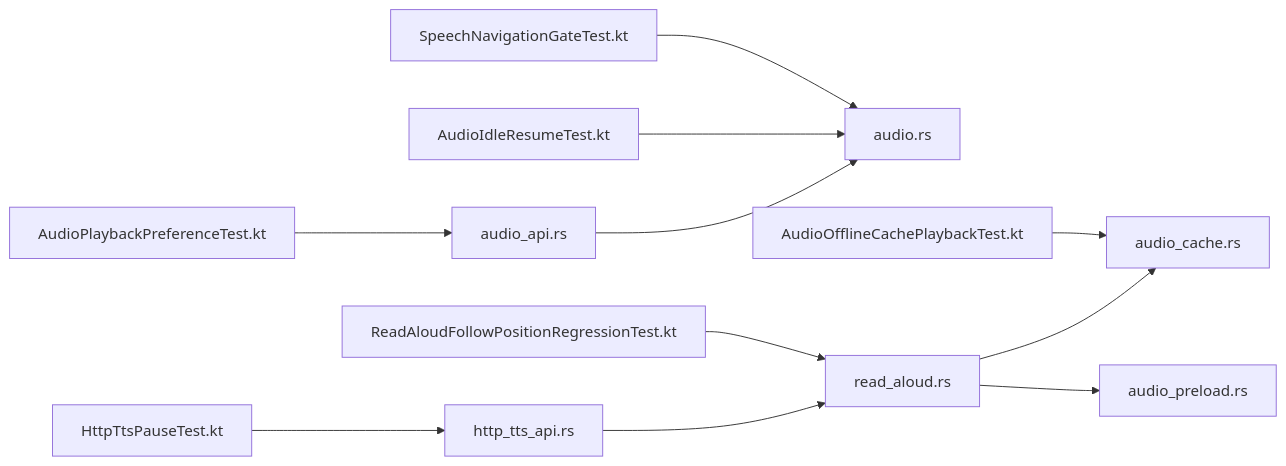
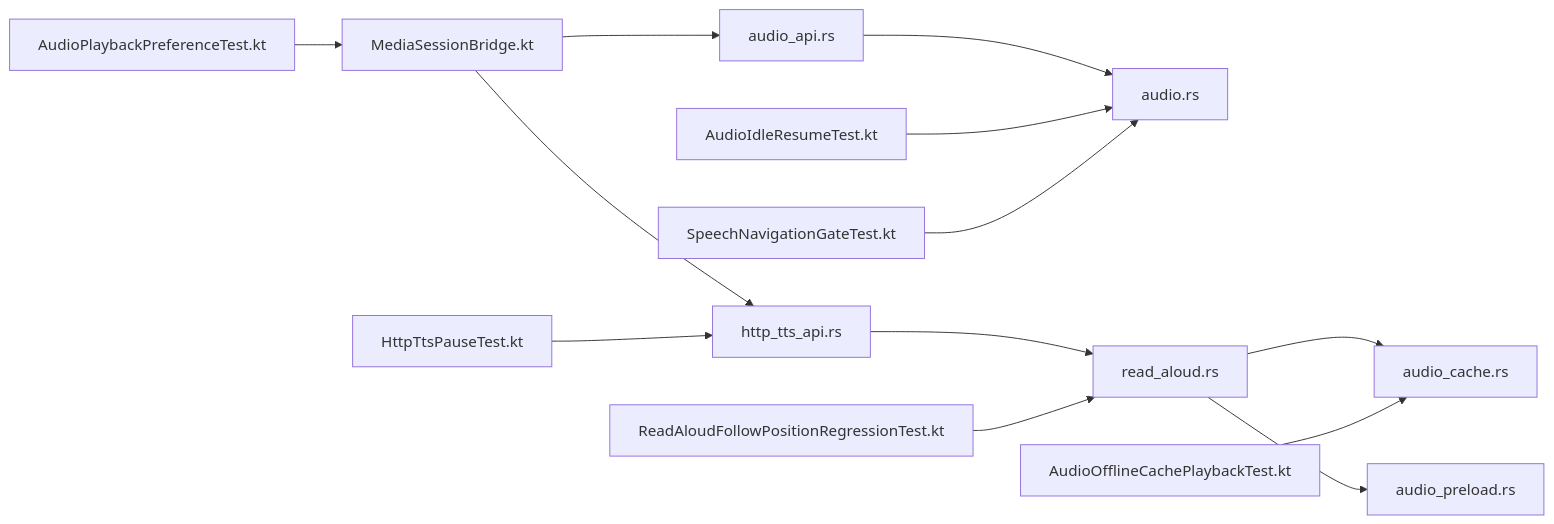
Before and after one commit to ZhangGHGitHub/LegadoTeamFlutter: the sixth of 6 diagrams in .qoder/repowiki/zh/content/音频功能/音频功能.md, drawn with Mermaid. The commit also changed other lines of this file and 66 other files, not shown here.

````diff
--- a/.qoder/repowiki/zh/content/音频功能/音频功能.md
+++ b/.qoder/repowiki/zh/content/音频功能/音频功能.md
@@ -236,13 +268,15 @@
 ```mermaid
 graph LR
 FFI_API["audio_api.rs"] --> CORE_AUDIO["audio.rs"]
 HTTP_TTS["http_tts_api.rs"] --> READ_ALOUD["read_aloud.rs"]
 READ_ALOUD --> CACHE["audio_cache.rs"]
 READ_ALOUD --> PRELOAD["audio_preload.rs"]
-TEST_P["AudioPlaybackPreferenceTest.kt"] --> FFI_API
+SESSION["MediaSessionBridge.kt"] --> FFI_API
+SESSION --> HTTP_TTS
+TEST_P["AudioPlaybackPreferenceTest.kt"] --> SESSION
 TEST_H["HttpTtsPauseTest.kt"] --> HTTP_TTS
 TEST_I["AudioIdleResumeTest.kt"] --> CORE_AUDIO
 TEST_J["AudioOfflineCachePlaybackTest.kt"] --> CACHE
 TEST_K["ReadAloudFollowPositionRegressionTest.kt"] --> READ_ALOUD
 TEST_L["SpeechNavigationGateTest.kt"] --> CORE_AUDIO
 ```
````
